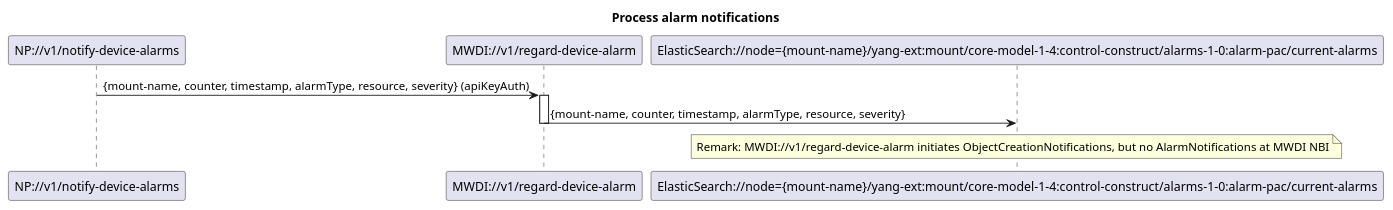
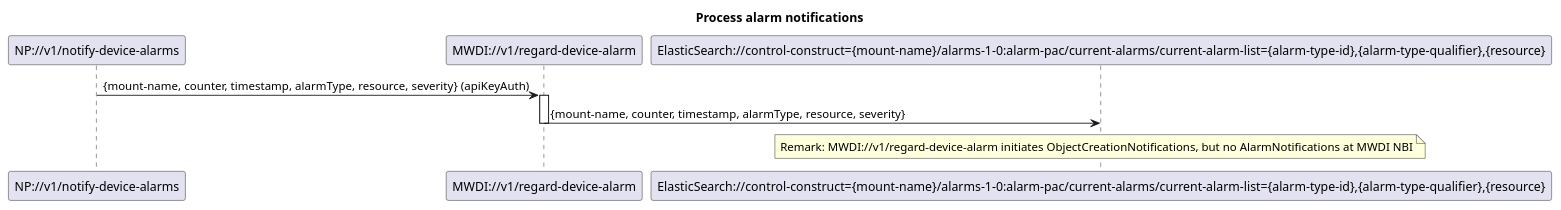
Before and after one commit to openBackhaul/MicroWaveDeviceInventory: the diagram in spec/diagrams/022_NotificationBasedAlarmListUpdate.plantuml, drawn with PlantUML. The commit also changed 4 other files, not shown here.

Commit message:
updated notification diagrams

```diff
--- a/spec/diagrams/022_NotificationBasedAlarmListUpdate.plantuml
+++ b/spec/diagrams/022_NotificationBasedAlarmListUpdate.plantuml
@@ -1,19 +1,19 @@
 @startuml 022_NotificationBasedAlarmListUpdate
 
 skinparam responseMessageBelowArrow true
 
 title Process alarm notifications
 
 participant "NP://v1/notify-device-alarms" as subscription
 participant "MWDI://v1/regard-device-alarm" as regardAlarm
-participant "ElasticSearch://node={mount-name}/yang-ext:mount/core-model-1-4:control-construct/alarms-1-0:alarm-pac/current-alarms" as es
+participant "ElasticSearch://control-construct={mount-name}/alarms-1-0:alarm-pac/current-alarms/current-alarm-list={alarm-type-id},{alarm-type-qualifier},{resource}" as es
 
 subscription -> regardAlarm: {mount-name, counter, timestamp, alarmType, resource, severity} (apiKeyAuth)
 activate regardAlarm
 
 regardAlarm -> es: {mount-name, counter, timestamp, alarmType, resource, severity}
 deactivate regardAlarm
 
 note over es: Remark: MWDI://v1/regard-device-alarm initiates ObjectCreationNotifications, but no AlarmNotifications at MWDI NBI
 
 @enduml
```
